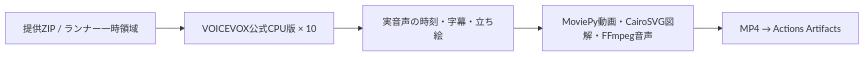
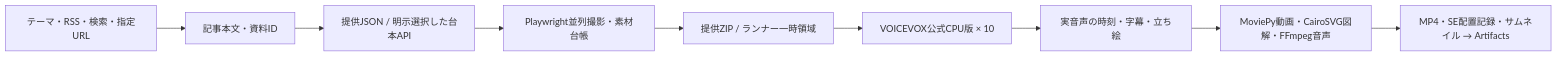
One commit to nyu1791-collab/voiceBox-Pipeline changed the diagram in README.md. Above: the diagram before and after it, drawn with Mermaid. The commit also changed other lines of this file and 13 other files, not shown here.

````diff
--- a/README.md
+++ b/README.md
@@ -5,7 +5,11 @@
 ```mermaid
 flowchart LR
-  A[提供ZIP / ランナー一時領域] --> B[VOICEVOX公式CPU版 × 10]
+  R[テーマ・RSS・検索・指定URL] --> S[記事本文・資料ID]
+  S --> T[提供JSON / 明示選択した台本API]
+  T --> U[Playwright並列撮影・素材台帳]
+  U --> A[提供ZIP / ランナー一時領域]
+  A --> B[VOICEVOX公式CPU版 × 10]
   B --> C[実音声の時刻・字幕・立ち絵]
   C --> D[MoviePy動画・CairoSVG図解・FFmpeg音声]
-  D --> E[MP4 → Actions Artifacts]
+  D --> E[MP4・SE配置記録・サムネイル → Artifacts]
 ```
````
